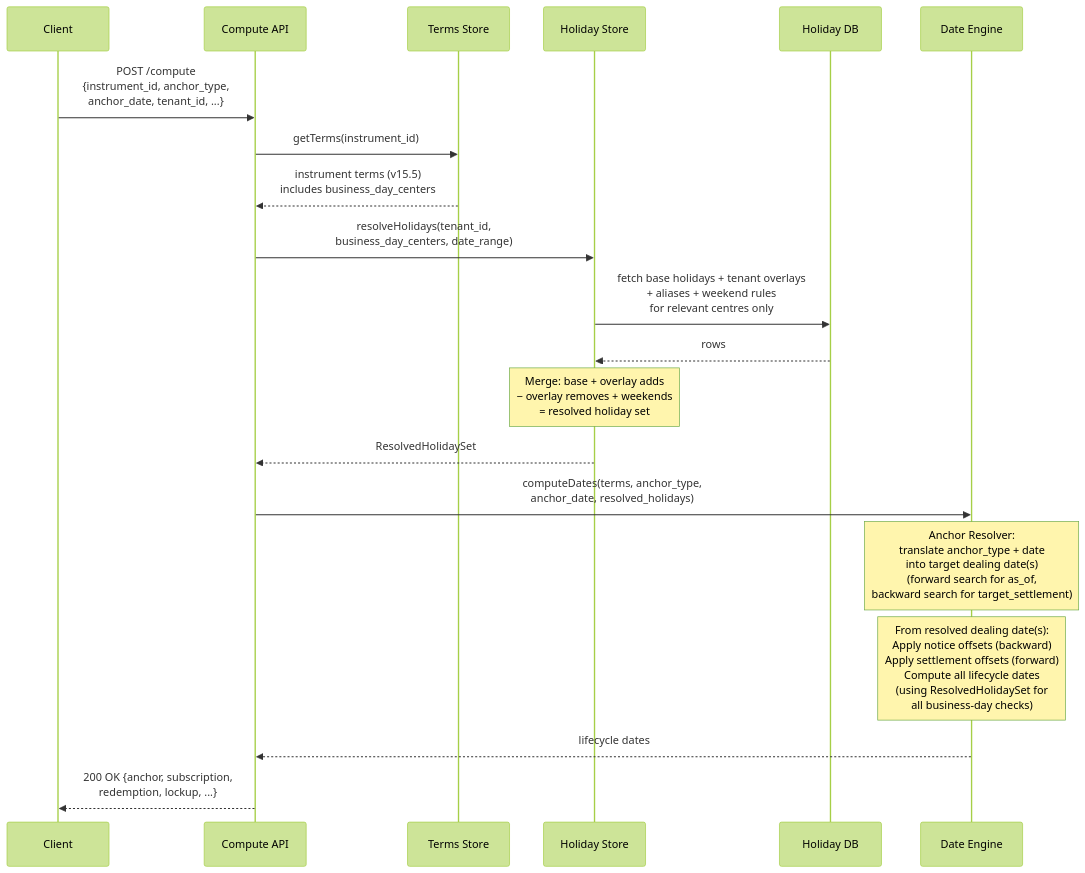
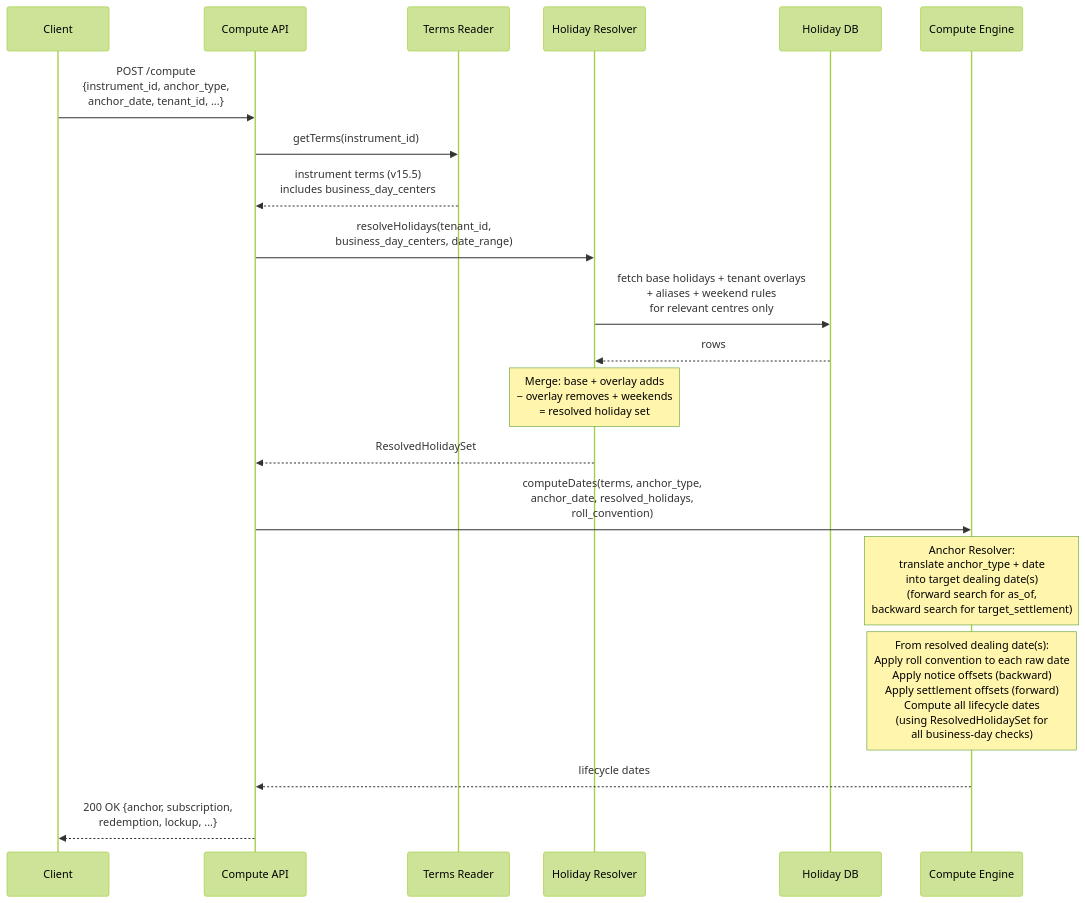
The fifth of 8 diagrams in lcs-main/docs/architecture.md (Ashu290905/OSYTE), drawn with Mermaid (forest theme) before and after one commit. The commit also changed other lines of this file, not shown here.

First line of the commit message:
Refactor architecture: Holiday Resolver with caching, Compute Engine, Terms Reader

````diff
--- a/lcs-main/docs/architecture.md
+++ b/lcs-main/docs/architecture.md
@@ -305,29 +356,29 @@
 ```mermaid
 sequenceDiagram
     participant Client
     participant ComputeAPI as Compute API
-    participant TS as Terms Store
-    participant HS as Holiday Store
+    participant TS as Terms Reader
+    participant HS as Holiday Resolver
     participant DB as Holiday DB
-    participant DE as Date Engine
+    participant DE as Compute Engine
 
     Client->>ComputeAPI: POST /compute<br/>{instrument_id, anchor_type,<br/> anchor_date, tenant_id, ...}
 
     ComputeAPI->>TS: getTerms(instrument_id)
     TS-->>ComputeAPI: instrument terms (v15.5)<br/>includes business_day_centers
 
     ComputeAPI->>HS: resolveHolidays(tenant_id,<br/> business_day_centers, date_range)
     HS->>DB: fetch base holidays + tenant overlays<br/>+ aliases + weekend rules<br/>for relevant centres only
     DB-->>HS: rows
     Note over HS: Merge: base + overlay adds<br/>− overlay removes + weekends<br/>= resolved holiday set
     HS-->>ComputeAPI: ResolvedHolidaySet
 
-    ComputeAPI->>DE: computeDates(terms, anchor_type,<br/> anchor_date, resolved_holidays)
+    ComputeAPI->>DE: computeDates(terms, anchor_type,<br/> anchor_date, resolved_holidays,<br/> roll_convention)
 
     Note over DE: Anchor Resolver:<br/>translate anchor_type + date<br/>into target dealing date(s)<br/>(forward search for as_of,<br/> backward search for target_settlement)
 
-    Note over DE: From resolved dealing date(s):<br/>Apply notice offsets (backward)<br/>Apply settlement offsets (forward)<br/>Compute all lifecycle dates<br/>(using ResolvedHolidaySet for<br/> all business-day checks)
+    Note over DE: From resolved dealing date(s):<br/>Apply roll convention to each raw date<br/>Apply notice offsets (backward)<br/>Apply settlement offsets (forward)<br/>Compute all lifecycle dates<br/>(using ResolvedHolidaySet for<br/> all business-day checks)
 
     DE-->>ComputeAPI: lifecycle dates
     ComputeAPI-->>Client: 200 OK {anchor, subscription,<br/> redemption, lockup, ...}
 ```
````
